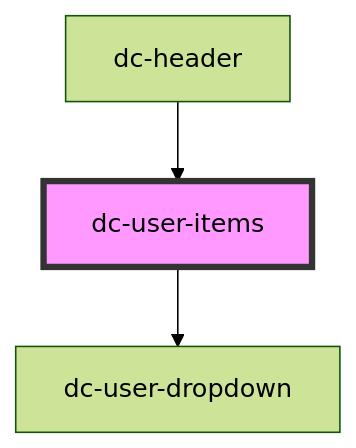
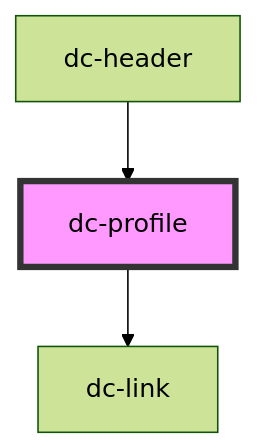
One commit to debtcollective/packages changed the diagram in packages/header-component/src/components/dc-header/readme.md. Above: the diagram before and after it, drawn with Mermaid (forest theme). The commit also changed other lines of this file and 14 other files, not shown here.

````diff
--- a/packages/header-component/src/components/dc-header/readme.md
+++ b/packages/header-component/src/components/dc-header/readme.md
@@ -25,6 +34,6 @@
 ```mermaid
 graph TD;
-  dc-user-items --> dc-user-dropdown
-  dc-header --> dc-user-items
-  style dc-user-items fill:#f9f,stroke:#333,stroke-width:4px
+  dc-profile --> dc-link
+  dc-header --> dc-profile
+  style dc-profile fill:#f9f,stroke:#333,stroke-width:4px
 ```
````
